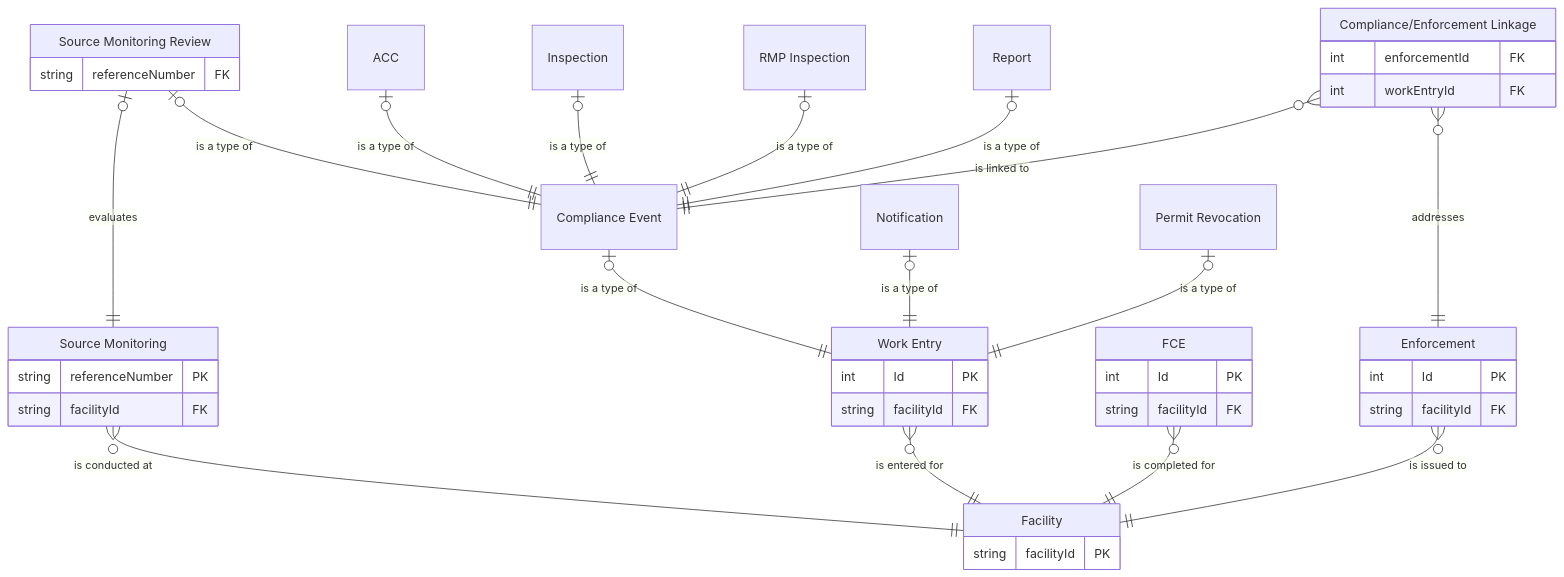
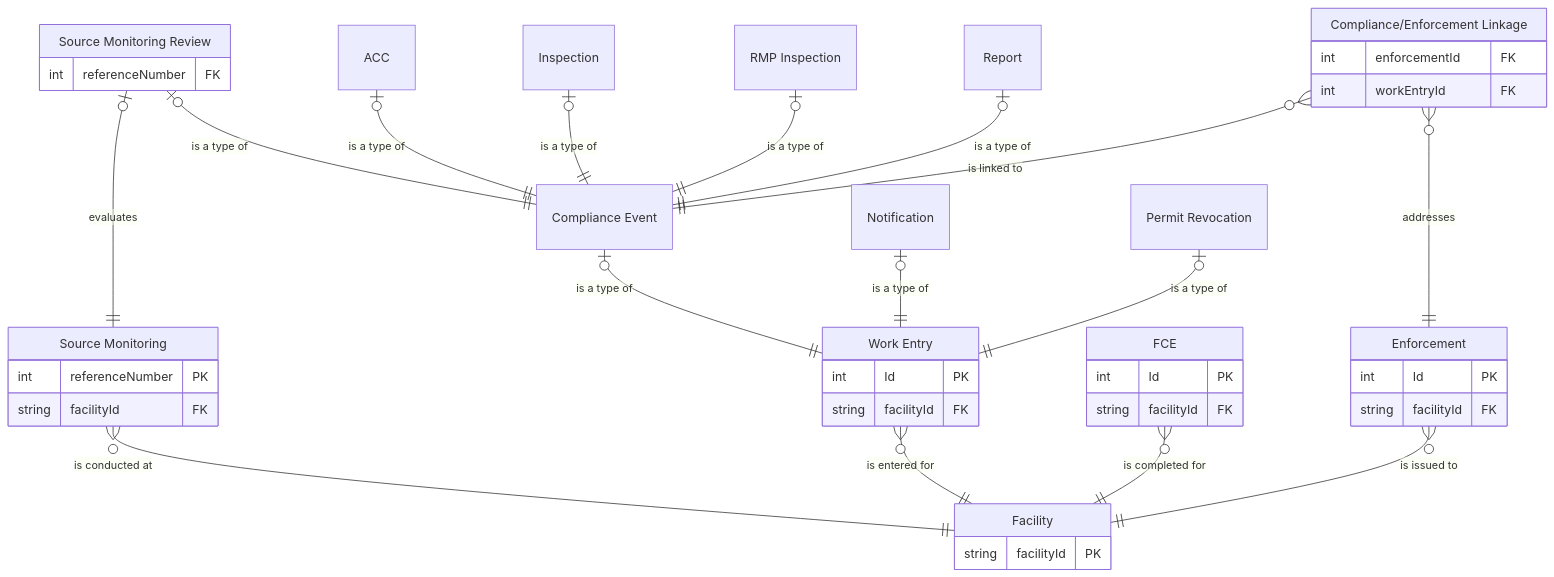
Before and after one commit to gaepdit/air-web: the diagram in docs/Entity-relationship-diagram.md, drawn with Mermaid. The commit also changed 6 other files, not shown here.

````diff
--- a/docs/Entity-relationship-diagram.md
+++ b/docs/Entity-relationship-diagram.md
@@ -28,67 +28,67 @@
 ```mermaid
 erDiagram
 
 FAC["Facility"] {
     string facilityId PK
 }
 
 MON["Source Monitoring"] {
-    string referenceNumber PK
+    int referenceNumber PK
     string facilityId FK
 }
 
 FCE["FCE"] {
     int Id PK
     string facilityId FK
 }
 
 WRK["Work Entry"] {
     int Id PK
     string facilityId FK
 }
 
     CME["Compliance Event"]
 
         SMR["Source Monitoring Review"] {
-            string referenceNumber FK
+            int referenceNumber FK
         }
         ACC["ACC"]
         INS["Inspection"]
         RMP["RMP Inspection"]
         REP["Report"]
 
     NOT["Notification"]
     
     REV["Permit Revocation"]
 
 ENF["Enforcement"] {
     int Id PK
     string facilityId FK
 }
 
 CEL["Compliance/Enforcement Linkage"] {
     int enforcementId FK
     int workEntryId FK
 }
 
 SMR |o--|| CME : "is a type of"
 ACC |o--|| CME : "is a type of"
 INS |o--|| CME : "is a type of"
 RMP |o--|| CME : "is a type of"
 REP |o--|| CME : "is a type of"
 
 CME |o--|| WRK : "is a type of"
 NOT |o--|| WRK : "is a type of"
 REV |o--|| WRK : "is a type of"
 
 SMR |o--|| MON : "evaluates"
 
 MON }o--|| FAC : "is conducted at"
 WRK }o--|| FAC : "is entered for"
 FCE }o--|| FAC : "is completed for"
 ENF }o--|| FAC : "is issued to"
 
 CEL }o--|| ENF : "addresses"
 CEL }o--|| CME : "is linked to"
 
 ```
````
